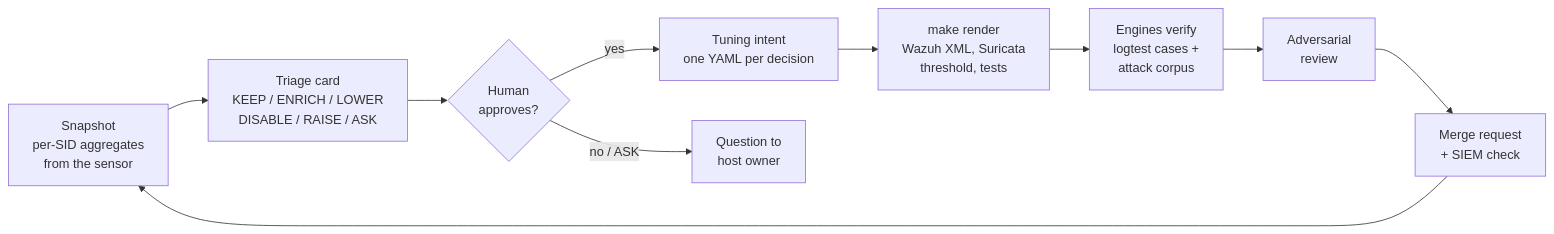
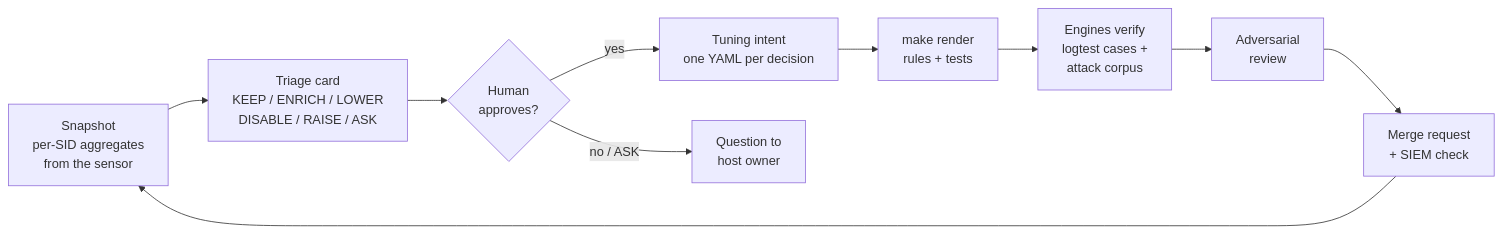
The diagram in README.md (insomn1a0/suricata-tuning-agents), drawn with Mermaid before and after one commit. The commit also changed other lines of this file and 2 other files, not shown here.

````diff
--- a/README.md
+++ b/README.md
@@ -27,12 +67,12 @@
 ```mermaid
 flowchart LR
     A[Snapshot<br/>per-SID aggregates<br/>from the sensor] --> B[Triage card<br/>KEEP / ENRICH / LOWER<br/>DISABLE / RAISE / ASK]
     B --> C{Human<br/>approves?}
     C -- yes --> D[Tuning intent<br/>one YAML per decision]
-    D --> R[make render<br/>Wazuh XML, Suricata<br/>threshold, tests]
+    D --> R[make render<br/>rules + tests]
     R --> E[Engines verify<br/>logtest cases +<br/>attack corpus]
     E --> F[Adversarial<br/>review]
     F --> G[Merge request<br/>+ SIEM check]
     G --> A
     C -- no / ASK --> H[Question to<br/>host owner]
 ```
````
